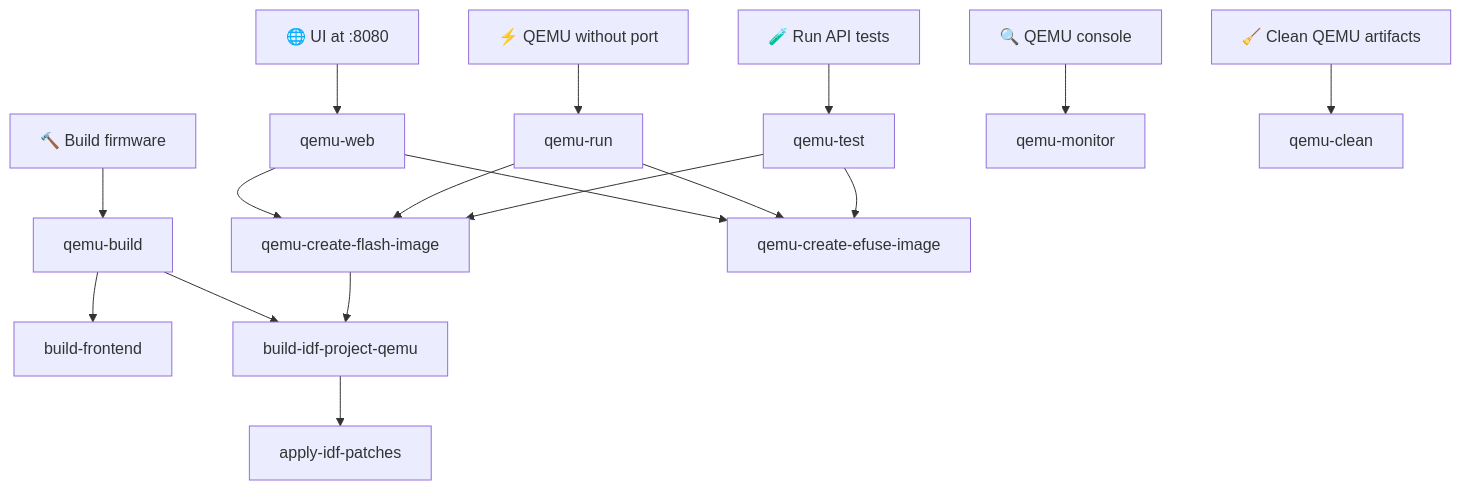
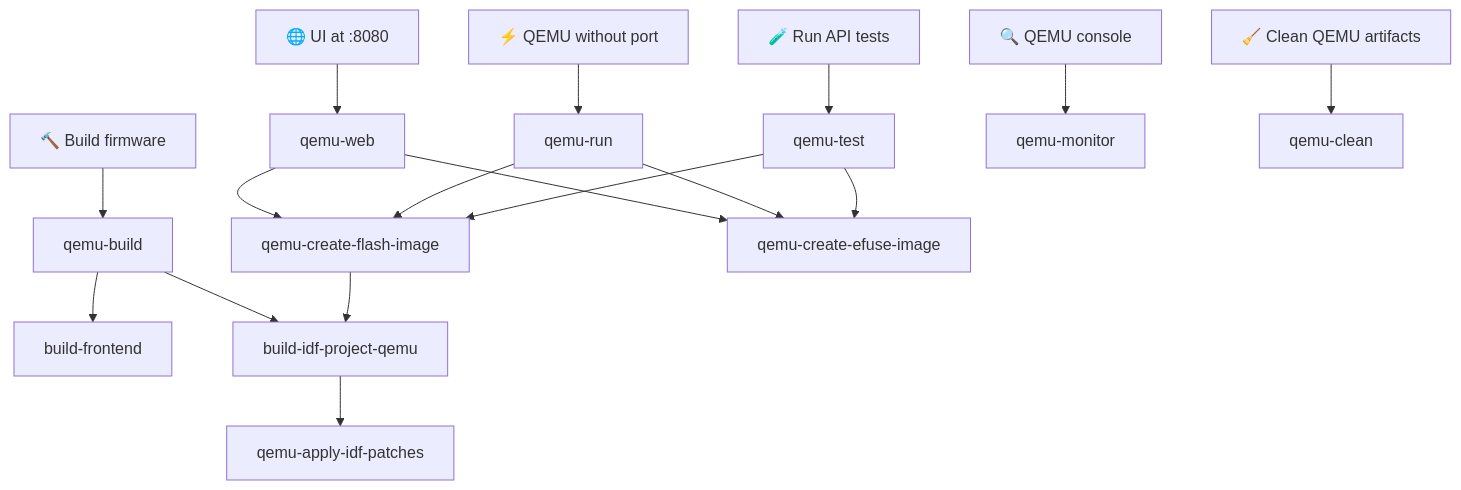
Before and after one commit to wirenboard/wb-mge: the diagram in README_QEMU.md, drawn with Mermaid. The commit also changed other lines of this file and 4 other files, not shown here.

First line of the commit message:
build(idf): add idempotent IDF patch script and update build

````diff
--- a/README_QEMU.md
+++ b/README_QEMU.md
@@ -29,21 +29,21 @@
 ```mermaid
 graph TD
     B["🔨 Build firmware"] --> qemu-build
     W["🌐 UI at :8080"] --> qemu-web
     T["🧪 Run API tests"] --> qemu-test
     R["⚡ QEMU without port"] --> qemu-run
     M["🔍 QEMU console"] --> qemu-monitor
     C["🧹 Clean QEMU artifacts"] --> qemu-clean
 
     qemu-build --> build-frontend
     qemu-build --> build-idf-project-qemu
 
     qemu-web --> qemu-create-flash-image
     qemu-web --> qemu-create-efuse-image
     qemu-run --> qemu-create-flash-image
     qemu-run --> qemu-create-efuse-image
     qemu-test --> qemu-create-flash-image
     qemu-test --> qemu-create-efuse-image
     qemu-create-flash-image --> build-idf-project-qemu
-    build-idf-project-qemu --> apply-idf-patches
+    build-idf-project-qemu --> qemu-apply-idf-patches
 ```
````
